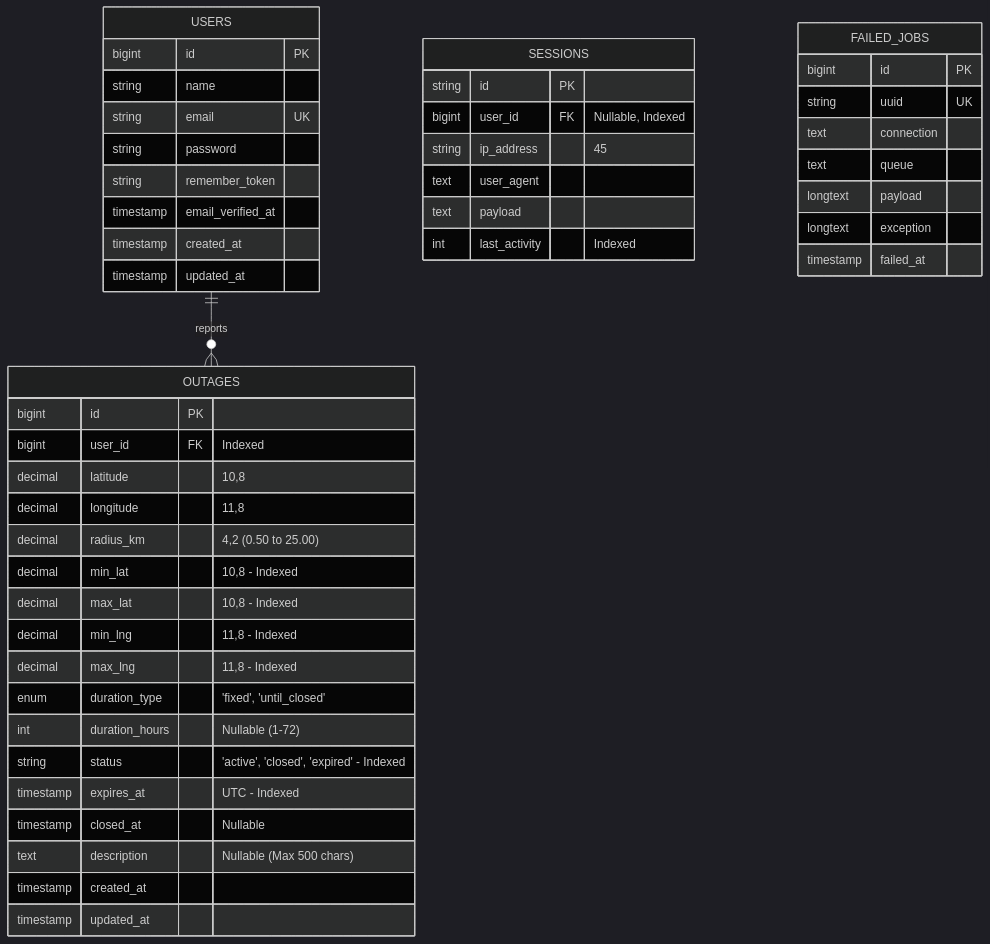
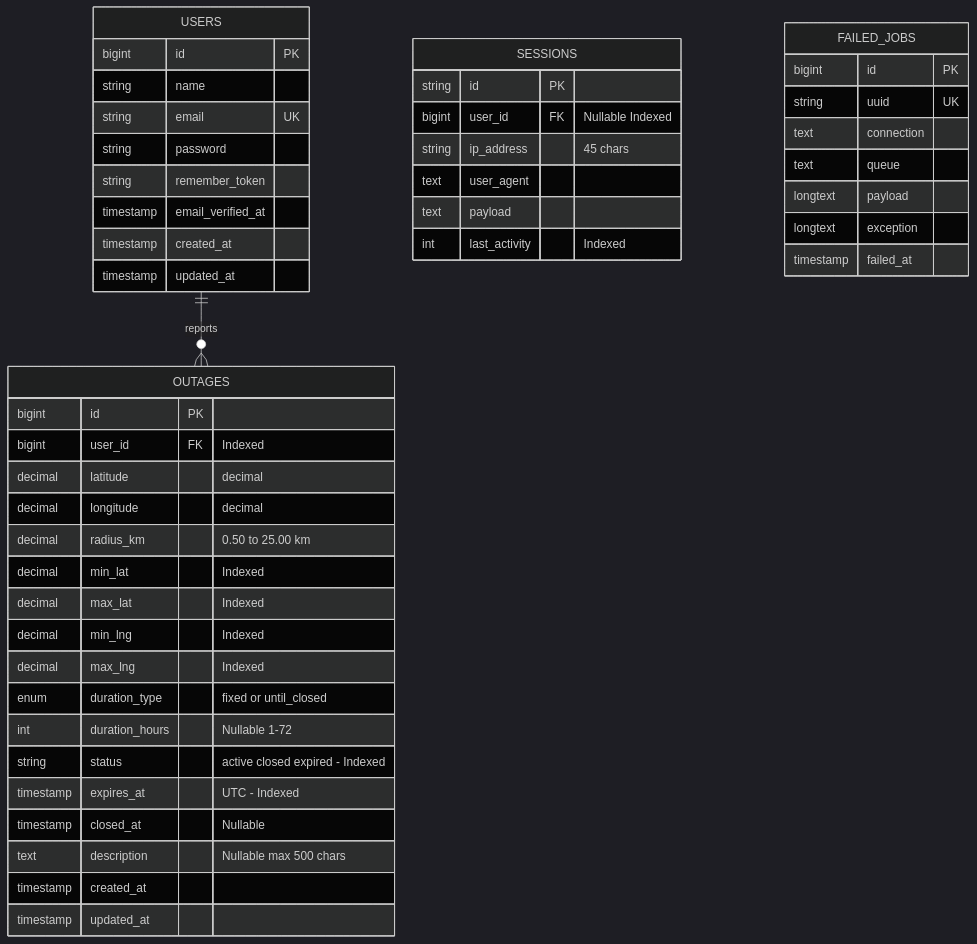
One commit to AlbertsH13/power-outage-map changed the third of 5 diagrams in ARCHITECTURE.md. Above: the diagram before and after it, drawn with Mermaid (dark theme). The commit also changed other lines of this file and 64 other files, not shown here.

````diff
--- a/ARCHITECTURE.md
+++ b/ARCHITECTURE.md
@@ -117,53 +117,53 @@
 ```mermaid
 erDiagram
     USERS ||--o{ OUTAGES : "reports"
     USERS {
         bigint id PK
         string name
         string email UK
         string password
         string remember_token
         timestamp email_verified_at
         timestamp created_at
         timestamp updated_at
     }
 
     OUTAGES {
         bigint id PK
         bigint user_id FK "Indexed"
-        decimal latitude "10,8"
-        decimal longitude "11,8"
-        decimal radius_km "4,2 (0.50 to 25.00)"
-        decimal min_lat "10,8 - Indexed"
-        decimal max_lat "10,8 - Indexed"
-        decimal min_lng "11,8 - Indexed"
-        decimal max_lng "11,8 - Indexed"
-        enum duration_type "'fixed', 'until_closed'"
-        int duration_hours "Nullable (1-72)"
-        string status "'active', 'closed', 'expired' - Indexed"
+        decimal latitude "decimal"
+        decimal longitude "decimal"
+        decimal radius_km "0.50 to 25.00 km"
+        decimal min_lat "Indexed"
+        decimal max_lat "Indexed"
+        decimal min_lng "Indexed"
+        decimal max_lng "Indexed"
+        enum duration_type "fixed or until_closed"
+        int duration_hours "Nullable 1-72"
+        string status "active closed expired - Indexed"
         timestamp expires_at "UTC - Indexed"
         timestamp closed_at "Nullable"
-        text description "Nullable (Max 500 chars)"
+        text description "Nullable max 500 chars"
         timestamp created_at
         timestamp updated_at
     }
 
     SESSIONS {
         string id PK
-        bigint user_id FK "Nullable, Indexed"
-        string ip_address "45"
+        bigint user_id FK "Nullable Indexed"
+        string ip_address "45 chars"
         text user_agent
         text payload
         int last_activity "Indexed"
     }
 
     FAILED_JOBS {
         bigint id PK
         string uuid UK
         text connection
         text queue
         longtext payload
         longtext exception
         timestamp failed_at
     }
 ```
````
